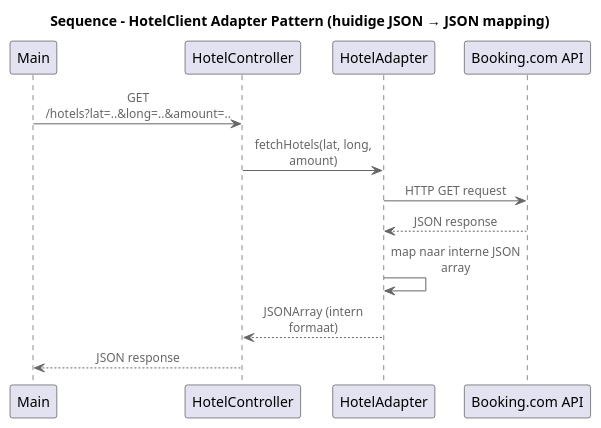
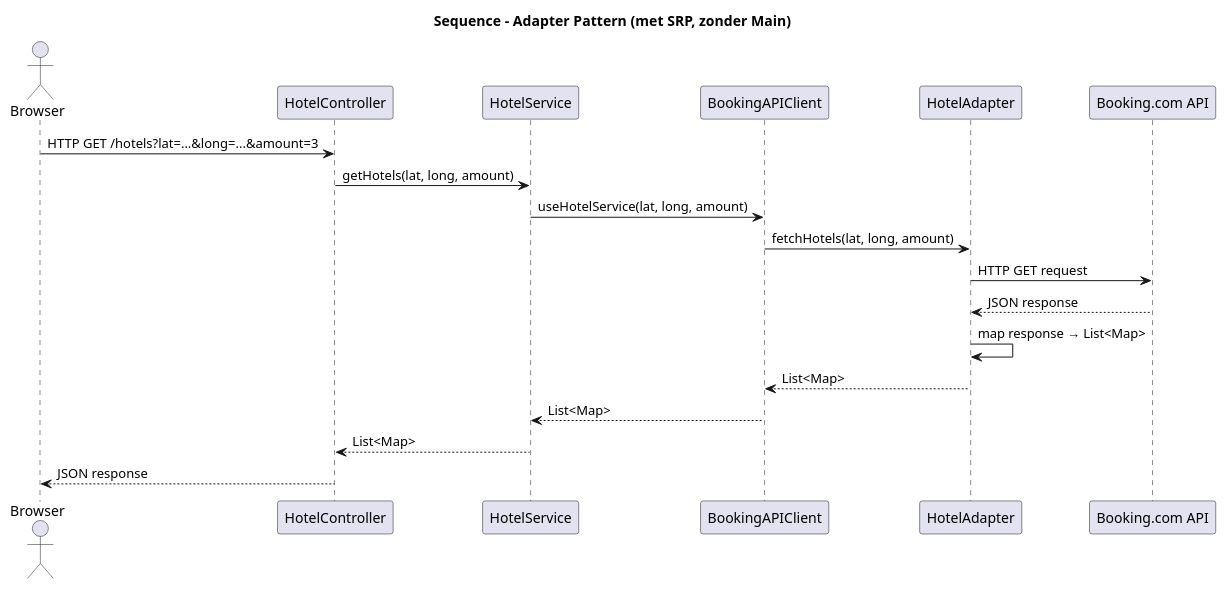
One commit to AIM-ENE-feb25/triptop-groep-3 changed the diagram in opdracht-diagrammen/Ontwerpvraag/C4 OntwerpVraag Tren/C4SequenceDiagramOntwerpVraagTren.puml. Above: the diagram before and after it, drawn with PlantUML. The commit also changed 5 other files, not shown here.

```diff
--- a/opdracht-diagrammen/Ontwerpvraag/C4 OntwerpVraag Tren/C4SequenceDiagramOntwerpVraagTren.puml
+++ b/opdracht-diagrammen/Ontwerpvraag/C4 OntwerpVraag Tren/C4SequenceDiagramOntwerpVraagTren.puml
@@ -1,19 +1,22 @@
 @startuml
-!include https://raw.githubusercontent.com/plantuml-stdlib/C4-PlantUML/master/C4_Component.puml
+title Sequence – Adapter Pattern (met SRP, zonder Main)
 
-title Sequence – HotelClient Adapter Pattern (huidige JSON → JSON mapping)
-
-participant Main
+actor Browser
 participant HotelController
+participant HotelService
+participant BookingAPIClient
 participant HotelAdapter
 participant "Booking.com API"
 
-Main -> HotelController : GET /hotels?lat=..&long=..&amount=..
-HotelController -> HotelAdapter : fetchHotels(lat, long, amount)
+Browser -> HotelController : HTTP GET /hotels?lat=...&long=...&amount=3
+HotelController -> HotelService : getHotels(lat, long, amount)
+HotelService -> BookingAPIClient : useHotelService(lat, long, amount)
+BookingAPIClient -> HotelAdapter : fetchHotels(lat, long, amount)
 HotelAdapter -> "Booking.com API" : HTTP GET request
 "Booking.com API" --> HotelAdapter : JSON response
-HotelAdapter -> HotelAdapter : map naar interne JSON array
-HotelAdapter --> HotelController : JSONArray (intern formaat)
-HotelController --> Main : JSON response
-
+HotelAdapter -> HotelAdapter : map response → List<Map>
+HotelAdapter --> BookingAPIClient : List<Map>
+BookingAPIClient --> HotelService : List<Map>
+HotelService --> HotelController : List<Map>
+HotelController --> Browser : JSON response
 @enduml
```
